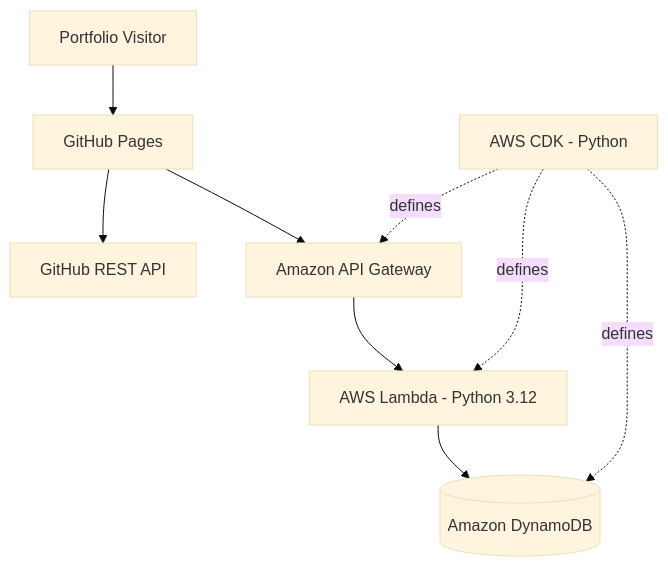
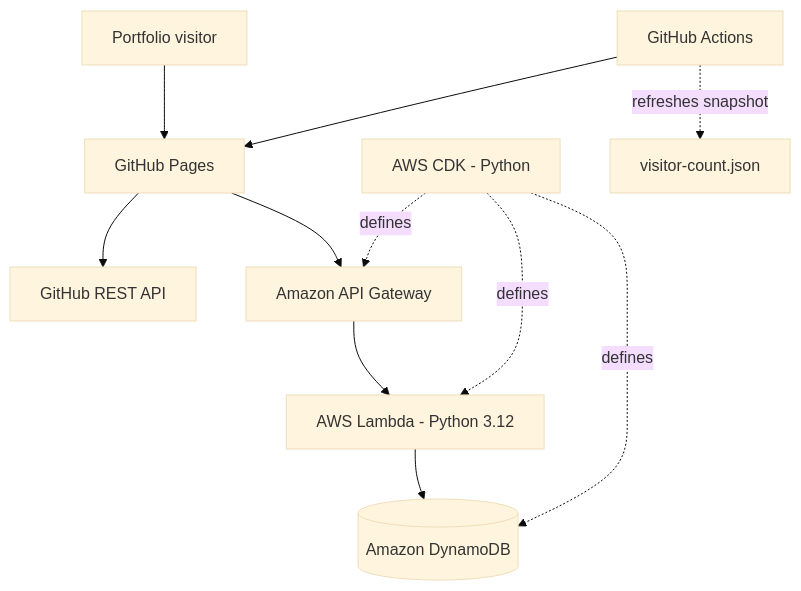
One commit to aimanhaizal/serverless-portfolio changed the diagram in README.md. Above: the diagram before and after it, drawn with Mermaid (base theme). The commit also changed other lines of this file, not shown here.

````diff
--- a/README.md
+++ b/README.md
@@ -20,11 +22,15 @@
 ```mermaid
 flowchart TD
-    Visitor[Portfolio Visitor] --> Pages[GitHub Pages]
+    Visitor[Portfolio visitor] --> Pages[GitHub Pages]
     Pages --> GitHub[GitHub REST API]
     Pages --> API[Amazon API Gateway]
     API --> Lambda[AWS Lambda - Python 3.12]
-    Lambda --> DynamoDB[(Amazon DynamoDB)]
+    Lambda --> DB[(Amazon DynamoDB)]
+
     CDK[AWS CDK - Python] -. defines .-> API
     CDK -. defines .-> Lambda
-    CDK -. defines .-> DynamoDB
+    CDK -. defines .-> DB
+
+    Actions[GitHub Actions] --> Pages
+    Actions -. refreshes snapshot .-> Snapshot[visitor-count.json]
 ```
````
